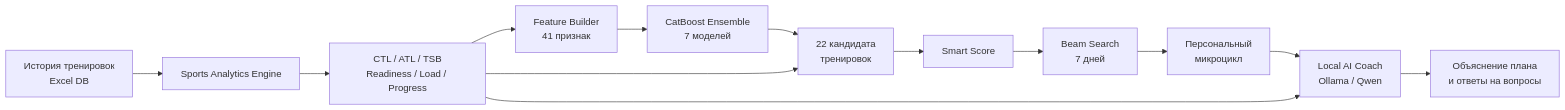
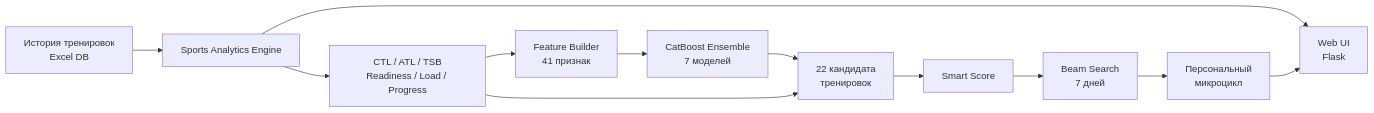
The first of 2 diagrams in PROJECT_PERSONAL_TRAINER.md (wasjaip/wasjaip), drawn with Mermaid before and after one commit. The commit also changed other lines of this file, not shown here.

Commit message:
docs: отделить Cycling Coach от AI Agent

````diff
--- a/PROJECT_PERSONAL_TRAINER.md
+++ b/PROJECT_PERSONAL_TRAINER.md
@@ -31,15 +28,14 @@
 ```mermaid
 flowchart LR
     A[История тренировок<br/>Excel DB] --> B[Sports Analytics Engine]
     B --> C[CTL / ATL / TSB<br/>Readiness / Load / Progress]
     C --> D[Feature Builder<br/>41 признак]
     D --> E[CatBoost Ensemble<br/>7 моделей]
     E --> F[22 кандидата<br/>тренировок]
     C --> F
     F --> G[Smart Score]
     G --> H[Beam Search<br/>7 дней]
     H --> I[Персональный<br/>микроцикл]
-    I --> J[Local AI Coach<br/>Ollama / Qwen]
-    C --> J
-    J --> K[Объяснение плана<br/>и ответы на вопросы]
+    B --> J[Web UI<br/>Flask]
+    I --> J
 ```
````
